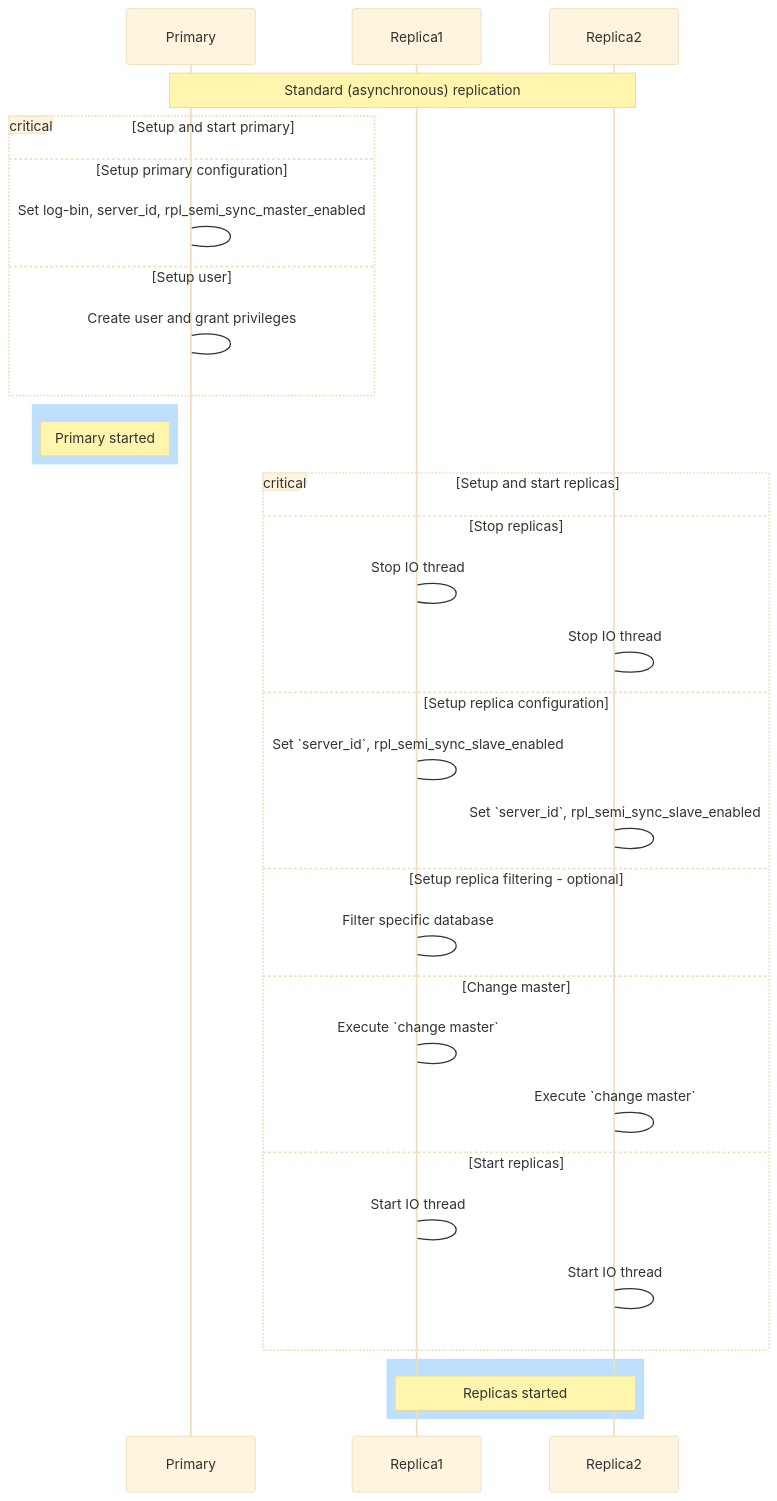
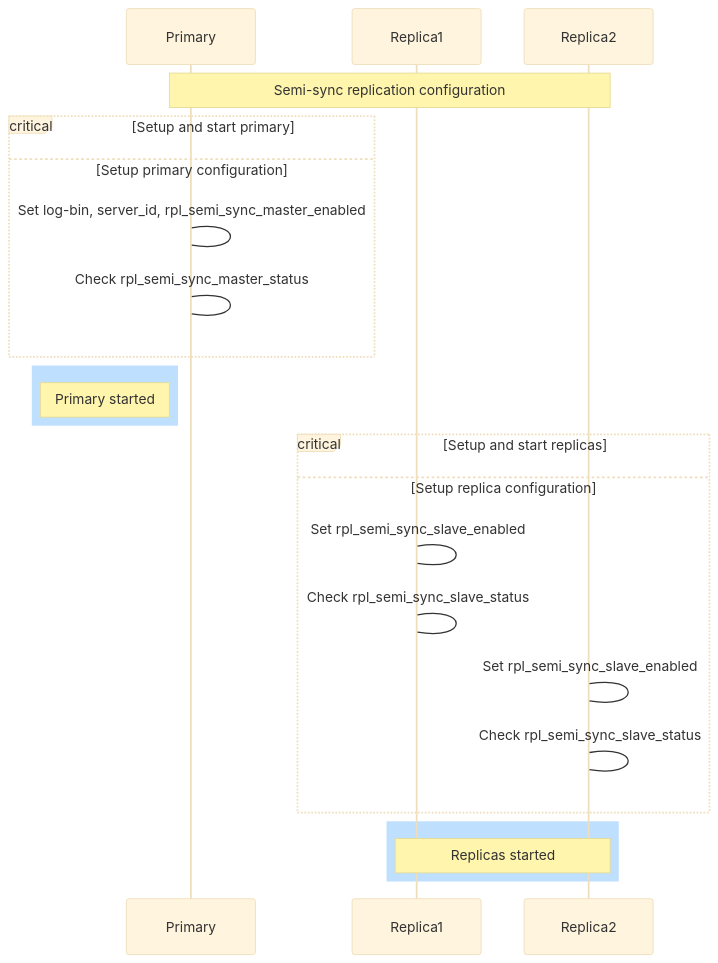
Before and after one commit to an3l/mariadb.org-tools: the seventh of 8 diagrams in anel/semisync-blog/semisync-blog.md, drawn with Mermaid (base theme). The commit also changed other lines of this file, not shown here.

````diff
--- a/anel/semisync-blog/semisync-blog.md
+++ b/anel/semisync-blog/semisync-blog.md
@@ -196,36 +665,26 @@
 ```mermaid
 sequenceDiagram
     participant Primary
     participant Replica1
     participant Replica2
 
-    Note over Primary,Replica2: Standard (asynchronous) replication
+    Note over Primary,Replica2: Semi-sync replication configuration
     critical Setup and start primary
         option Setup primary configuration
             Primary->Primary: Set log-bin, server_id, rpl_semi_sync_master_enabled
-        option Setup user
-            Primary->Primary: Create user and grant privileges
+            Primary->Primary: Check rpl_semi_sync_master_status
     end
     rect rgb(191, 223, 255)
         note left of Primary: Primary started
     end
     critical Setup and start replicas
-        option Stop replicas
-            Replica1->Replica1: Stop IO thread
-            Replica2->Replica2: Stop IO thread
         option Setup replica configuration
-            Replica1->Replica1: Set `server_id`, rpl_semi_sync_slave_enabled
-            Replica2->Replica2: Set `server_id`, rpl_semi_sync_slave_enabled
-        option Setup replica filtering - optional
-            Replica1->Replica1: Filter specific database
-        option Change master
-            Replica1->Replica1: Execute `change master`
-            Replica2->Replica2: Execute `change master`
-        option Start replicas
-            Replica1->Replica1: Start IO thread
-            Replica2->Replica2: Start IO thread
+            Replica1->Replica1: Set rpl_semi_sync_slave_enabled
+            Replica1->Replica1: Check rpl_semi_sync_slave_status
+            Replica2->Replica2: Set rpl_semi_sync_slave_enabled
+            Replica2->Replica2: Check rpl_semi_sync_slave_status
     end
      rect rgb(191, 223, 255)
         note over Replica1, Replica2: Replicas started
     end
 ```
````
